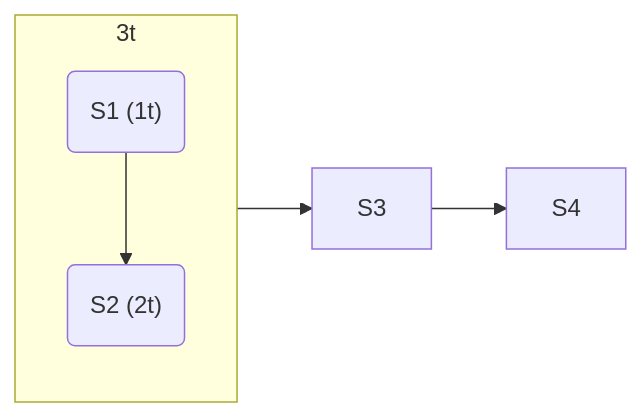
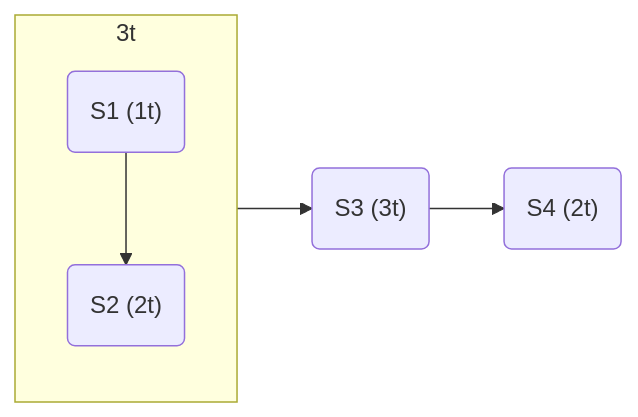
Before and after one commit to SuperSamus/appunti-universitari: the first of 2 diagrams in Architettura e sistemi operativi/Parallelismo.md, drawn with Mermaid. The commit also changed other lines of this file, not shown here.

````diff
--- a/Architettura e sistemi operativi/Parallelismo.md
+++ b/Architettura e sistemi operativi/Parallelismo.md
@@ -76,7 +76,7 @@
 ```mermaid
 flowchart LR
 subgraph 3t
 S1("S1 (1t)") --> S2("S2 (2t)")
 end
-3t --> S3 --> S4
+3t --> S3("S3 (3t)") --> S4("S4 (2t)")
 ```
````
